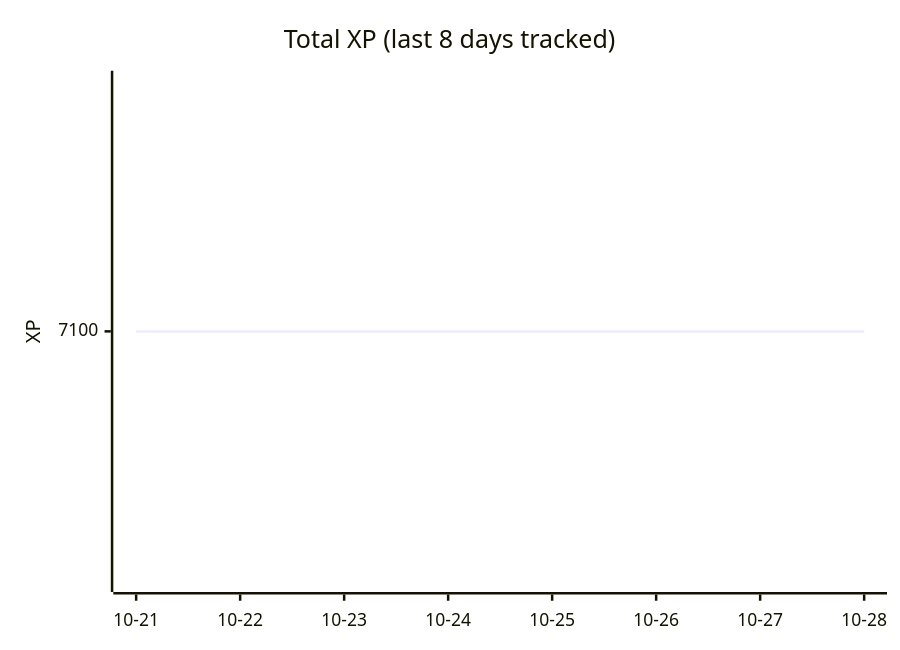
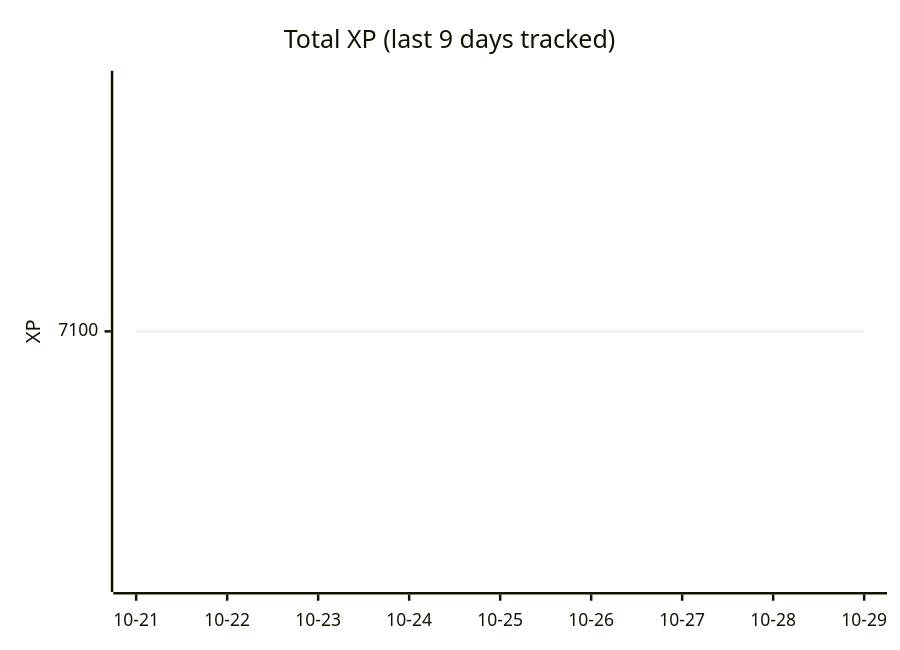
Before and after one commit to ASR222/bootdev-progress: the diagram in README.md, drawn with Mermaid. The commit also changed other lines of this file and 1 other file, not shown here.

Commit message:
Boot.dev progress: 2026-10-28

````diff
--- a/README.md
+++ b/README.md
@@ -14,7 +14,7 @@
 ```mermaid
 xychart-beta
-    title "Total XP (last 8 days tracked)"
-    x-axis ["10-21", "10-22", "10-23", "10-24", "10-25", "10-26", "10-27", "10-28"]
+    title "Total XP (last 9 days tracked)"
+    x-axis ["10-21", "10-22", "10-23", "10-24", "10-25", "10-26", "10-27", "10-28", "10-29"]
     y-axis "XP"
-    line [7100, 7100, 7100, 7100, 7100, 7100, 7100, 7100]
+    line [7100, 7100, 7100, 7100, 7100, 7100, 7100, 7100, 7100]
 ```
````
